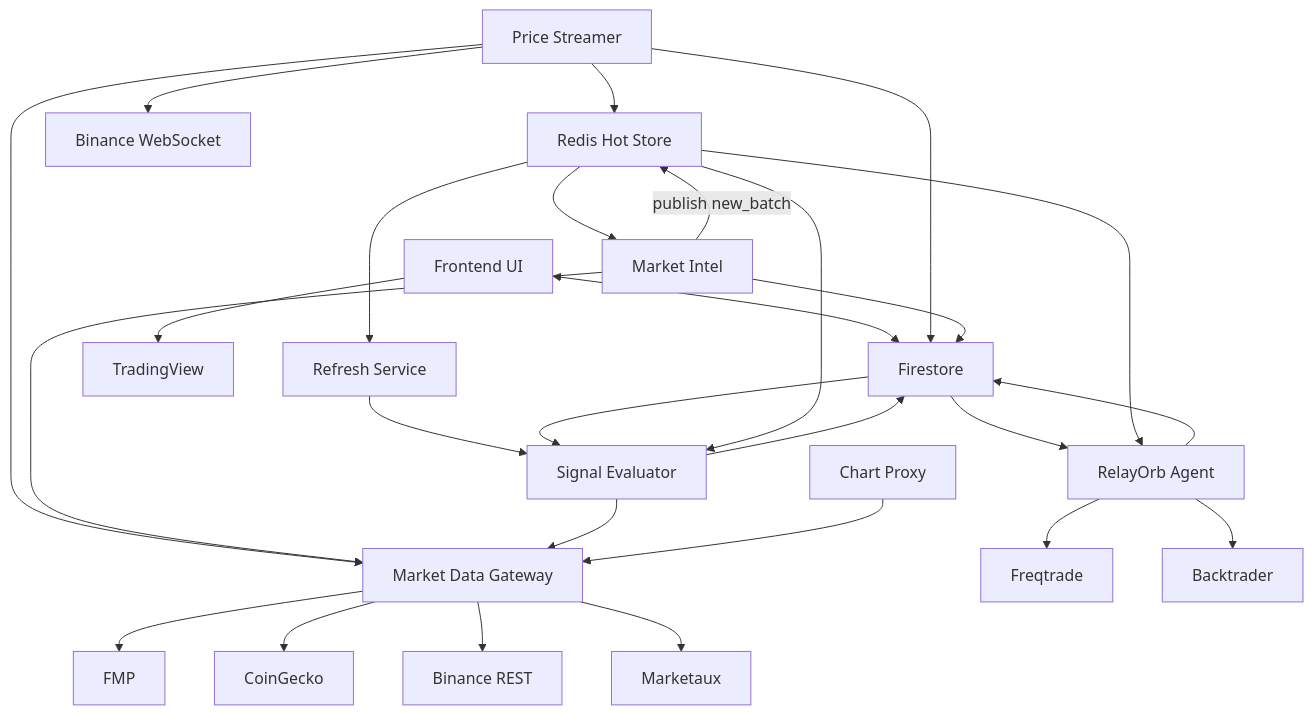
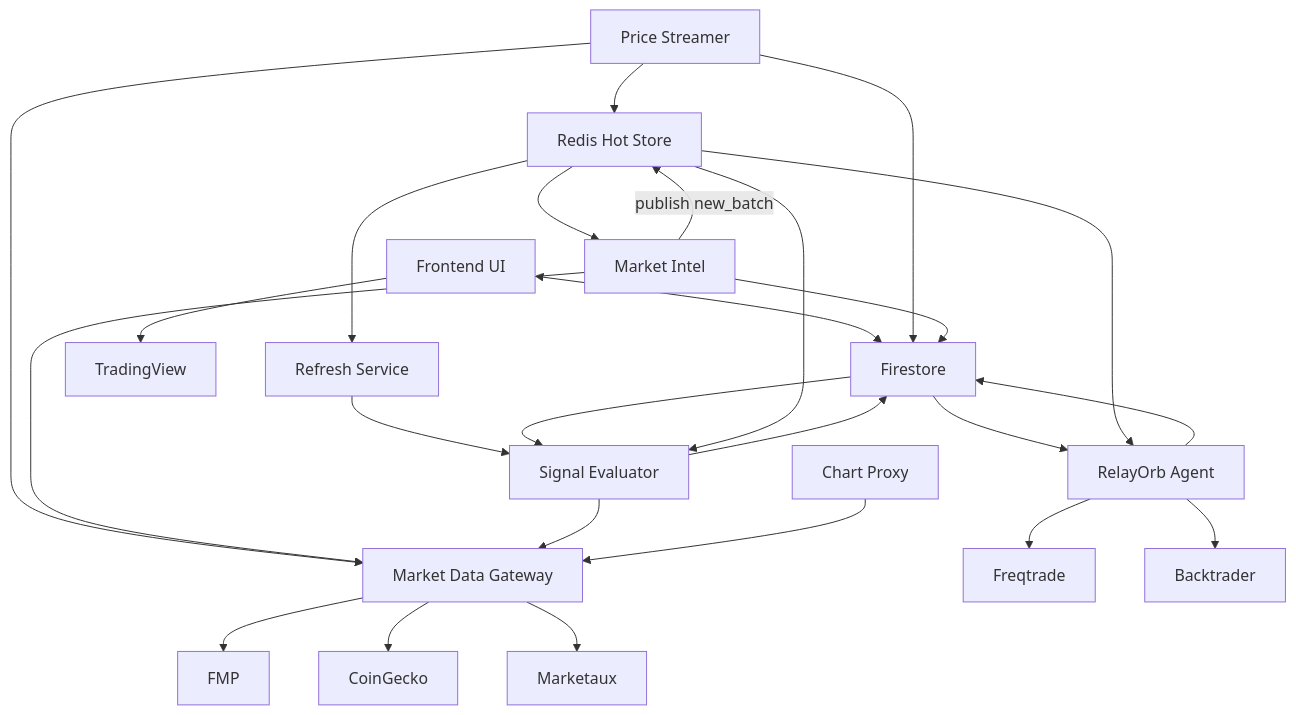
One commit to khalidsaidi/relayorb changed the diagram in ARCHITECTURE.md. Above: the diagram before and after it, drawn with Mermaid. The commit also changed other lines of this file and 120 other files, not shown here.

Commit message:
Ops graph stabilization, provenance, and discovery artifacts

````diff
--- a/ARCHITECTURE.md
+++ b/ARCHITECTURE.md
@@ -78,32 +78,30 @@
 ```mermaid
 graph TD
   UI[Frontend UI] <--> FS[Firestore]
   PS[Price Streamer] --> FS
   MI[Market Intel] --> FS
   SE[Signal Evaluator] --> FS
   AG[RelayOrb Agent] --> FS
   REF[Refresh Service] --> SE
   FS --> AG
   FS --> SE
   PS --> RS[Redis Hot Store]
   RS --> MI
   RS --> SE
   RS --> AG
   RS --> REF
   MI -- "publish new_batch" --> RS
 
   PS --> MDG[Market Data Gateway]
   MI --> MDG
   SE --> MDG
   CP[Chart Proxy] --> MDG
 
   MDG --> FMP[FMP]
   MDG --> CG[CoinGecko]
-  MDG --> BN[Binance REST]
   MDG --> MX[Marketaux]
 
-  PS --> BNWS[Binance WebSocket]
   AG --> FT[Freqtrade]
   AG --> BT[Backtrader]
   UI --> TV[TradingView]
 ```
````
